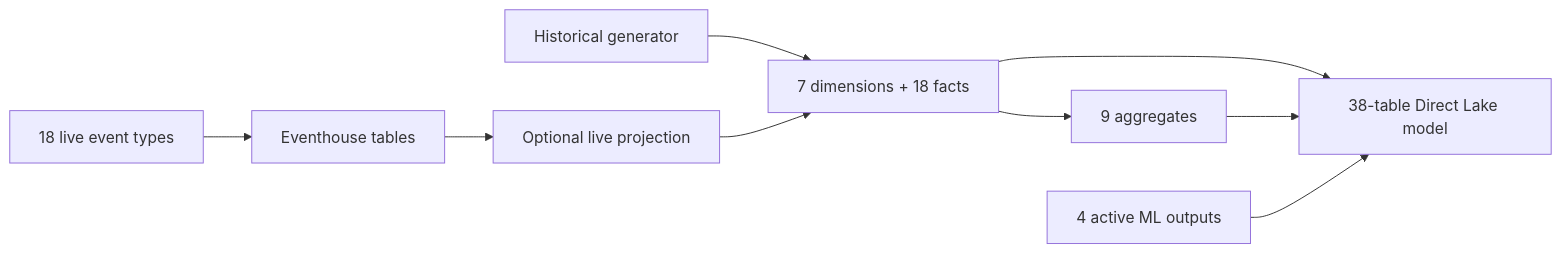
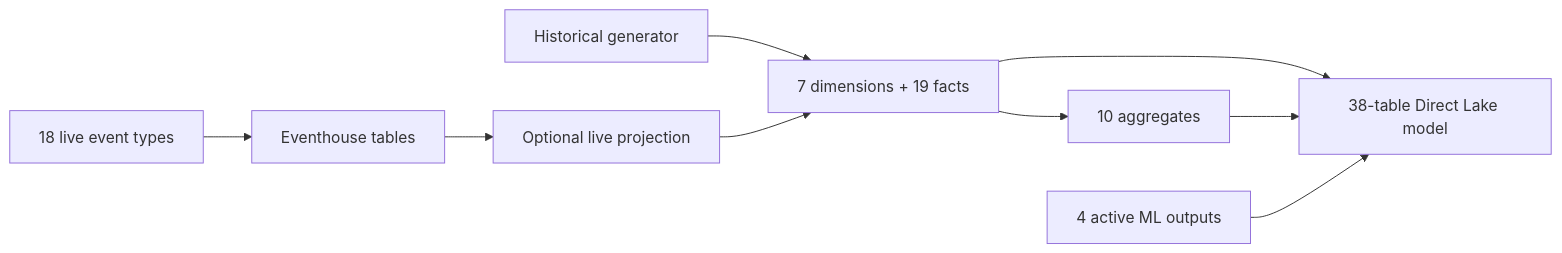
Before and after one commit to amattas/retail-demo: the diagram in docs/design/architecture/data-schema.md, drawn with Mermaid. The commit also changed other lines of this file and 50 other files, not shown here.

````diff
--- a/docs/design/architecture/data-schema.md
+++ b/docs/design/architecture/data-schema.md
@@ -87,11 +89,11 @@
 ```mermaid
 flowchart LR
     Events[18 live event types] --> KQL[Eventhouse tables]
     KQL --> Projection[Optional live projection]
-    Generation[Historical generator] --> Silver[7 dimensions + 18 facts]
+    Generation[Historical generator] --> Silver[7 dimensions + 19 facts]
     Projection --> Silver
-    Silver --> Gold[9 aggregates]
+    Silver --> Gold[10 aggregates]
     Silver --> Model[38-table Direct Lake model]
     Gold --> Model
     ML[4 active ML outputs] --> Model
 ```
````
